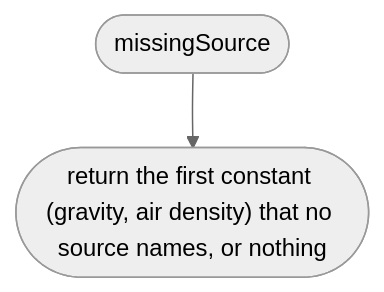
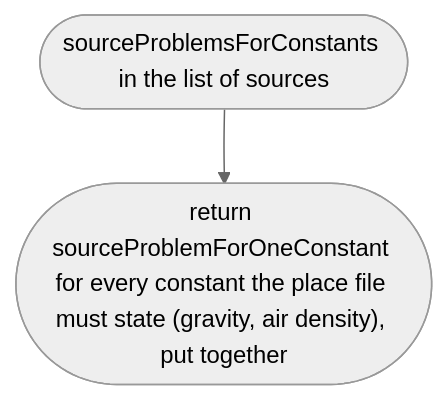
Before and after one commit to NewDara-Star/world-engine: the third of 5 diagrams in docs/designs/src/place/place.md, drawn with Mermaid (neutral theme). The commit also changed other lines of this file and 9 other files, not shown here.

First line of the commit message:
Scope 002b session A: redraw the place checker's designs under their new names

````diff
--- a/docs/designs/src/place/place.md
+++ b/docs/designs/src/place/place.md
@@ -22,6 +43,6 @@
 ```mermaid
 flowchart TD
-  s(["missingSource"])
-  a(["return the first constant (gravity, air density) that no source names, or nothing"])
+  s(["sourceProblemsForConstants in the list of sources"])
+  a(["return sourceProblemForOneConstant for every constant the place file must state (gravity, air density), put together"])
   s --> a
 ```
````
